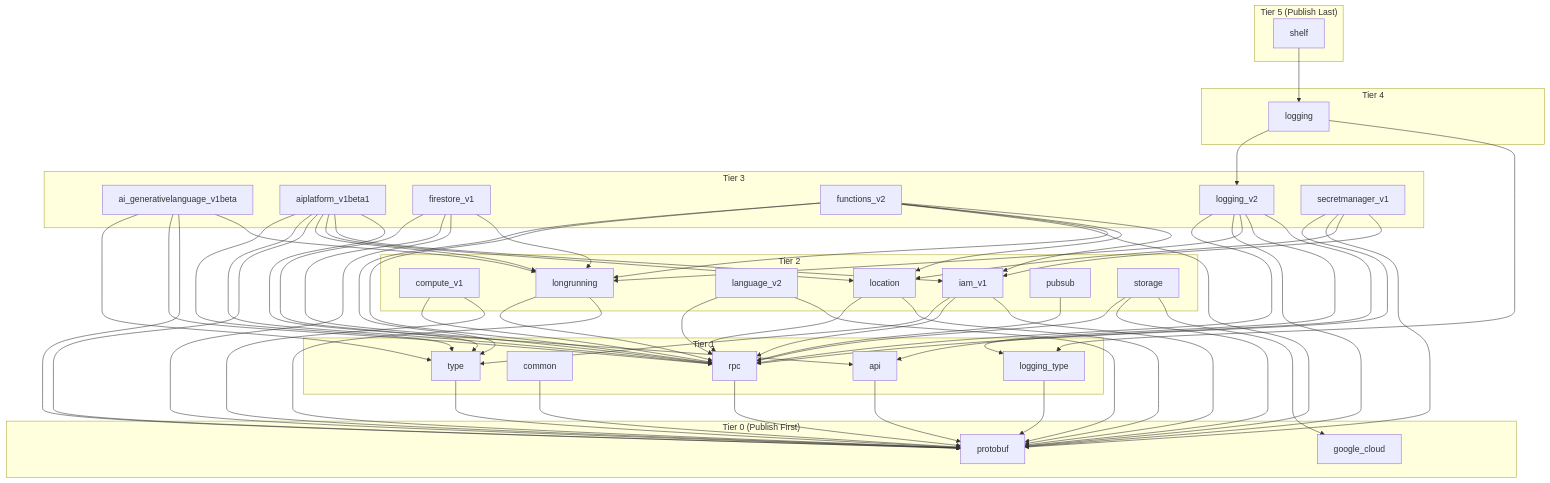
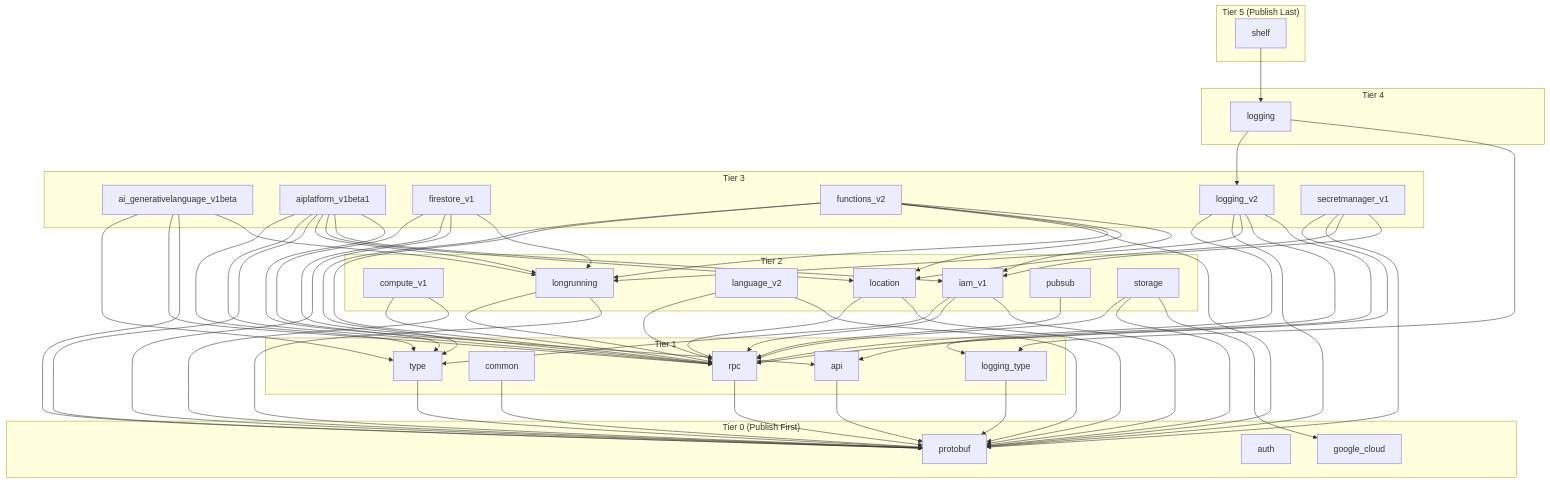
Before and after one commit to googleapis/google-cloud-dart: the diagram in DEVELOPER_GUIDE.md, drawn with Mermaid. The commit also changed 16 other files, not shown here.

```diff
--- a/DEVELOPER_GUIDE.md
+++ b/DEVELOPER_GUIDE.md
@@ -16,6 +16,7 @@
 graph TD
   subgraph Tier0 ["Tier 0 (Publish First)"]
     google_cloud["google_cloud"]
+    google_cloud_auth["auth"]
     google_cloud_protobuf["protobuf"]
   end
 
```
